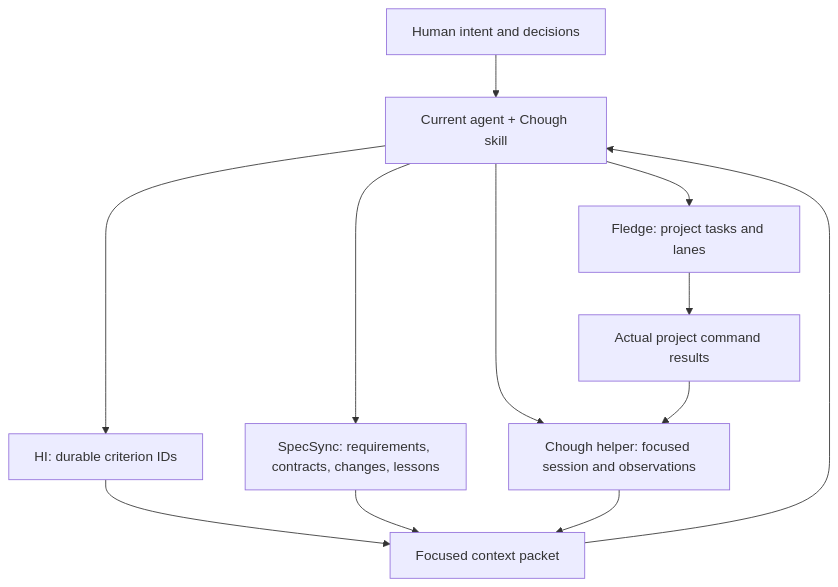
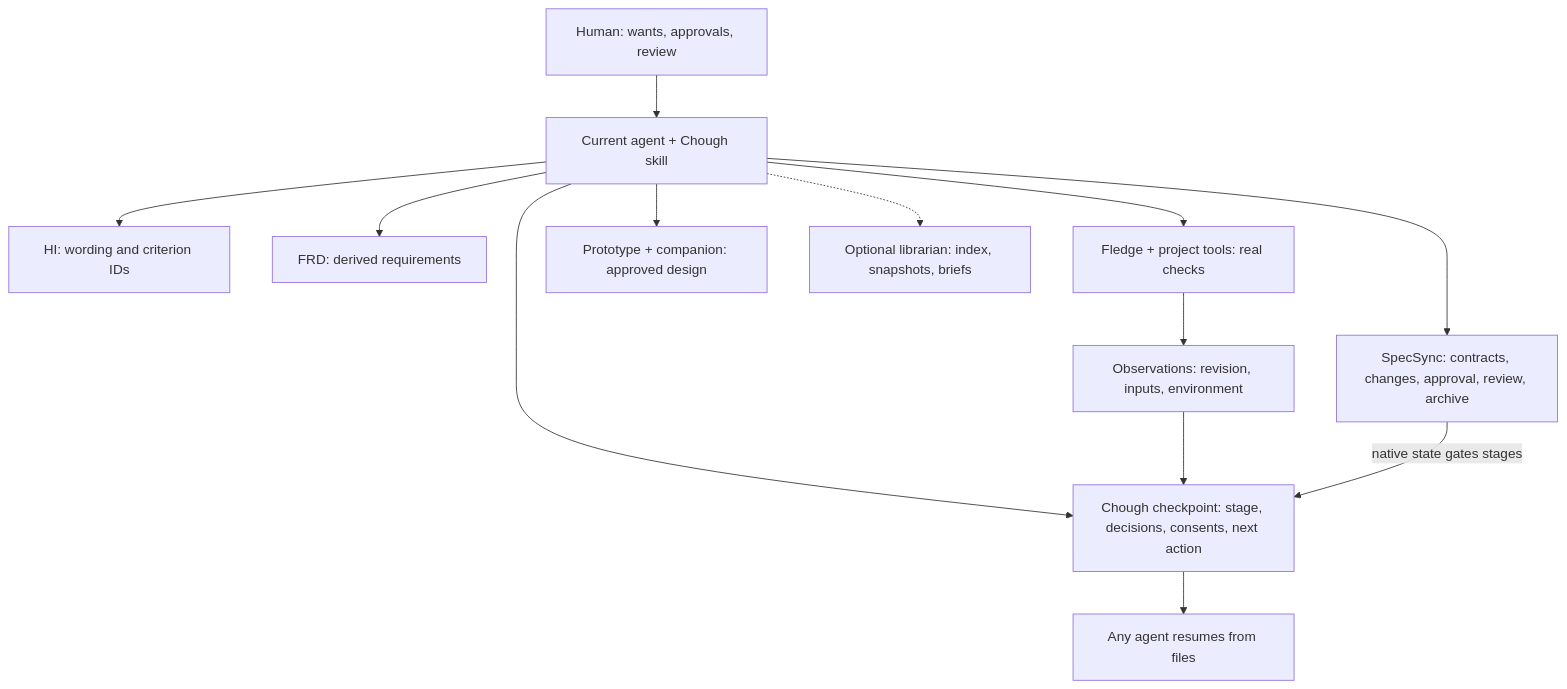
The diagram in docs/diagrams/ownership.mmd (CorvidLabs/chough), drawn with Mermaid before and after one commit. The commit also changed 281 other files, not shown here.

First line of the commit message:
Evolve Chough into a resumable stage workflow (implementation review) (#2)

```diff
--- a/docs/diagrams/ownership.mmd
+++ b/docs/diagrams/ownership.mmd
@@ -1,12 +1,13 @@
 flowchart TB
-    human["Human intent and decisions"] --> agent["Current agent + Chough skill"]
-    agent --> hi["HI: durable criterion IDs"]
-    agent --> spec["SpecSync: requirements, contracts, changes, lessons"]
-    agent --> fledge["Fledge: project tasks and lanes"]
-    agent --> helper["Chough helper: focused session and observations"]
-    hi --> context["Focused context packet"]
-    spec --> context
-    helper --> context
-    context --> agent
-    fledge --> results["Actual project command results"]
-    results --> helper
+    human["Human: wants, approvals, review"] --> agent["Current agent + Chough skill"]
+    agent --> hi["HI: wording and criterion IDs"]
+    agent --> frd["FRD: derived requirements"]
+    agent --> spec["SpecSync: contracts, changes, approval, review, archive"]
+    agent --> fledge["Fledge + project tools: real checks"]
+    agent --> proto["Prototype + companion: approved design"]
+    agent --> chough["Chough checkpoint: stage, decisions, consents, next action"]
+    agent -.-> library["Optional librarian: index, snapshots, briefs"]
+    fledge --> evidence["Observations: revision, inputs, environment"]
+    evidence --> chough
+    spec -->|"native state gates stages"| chough
+    chough --> resume["Any agent resumes from files"]
```
